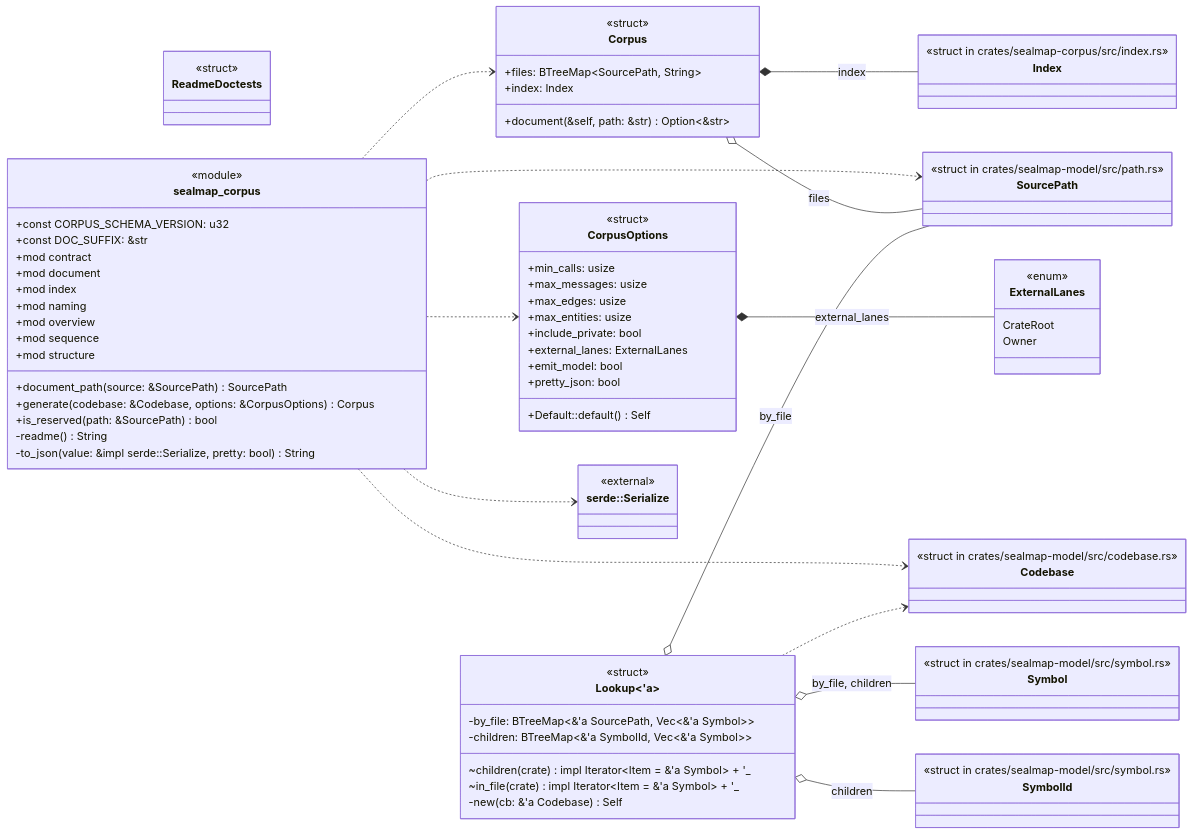
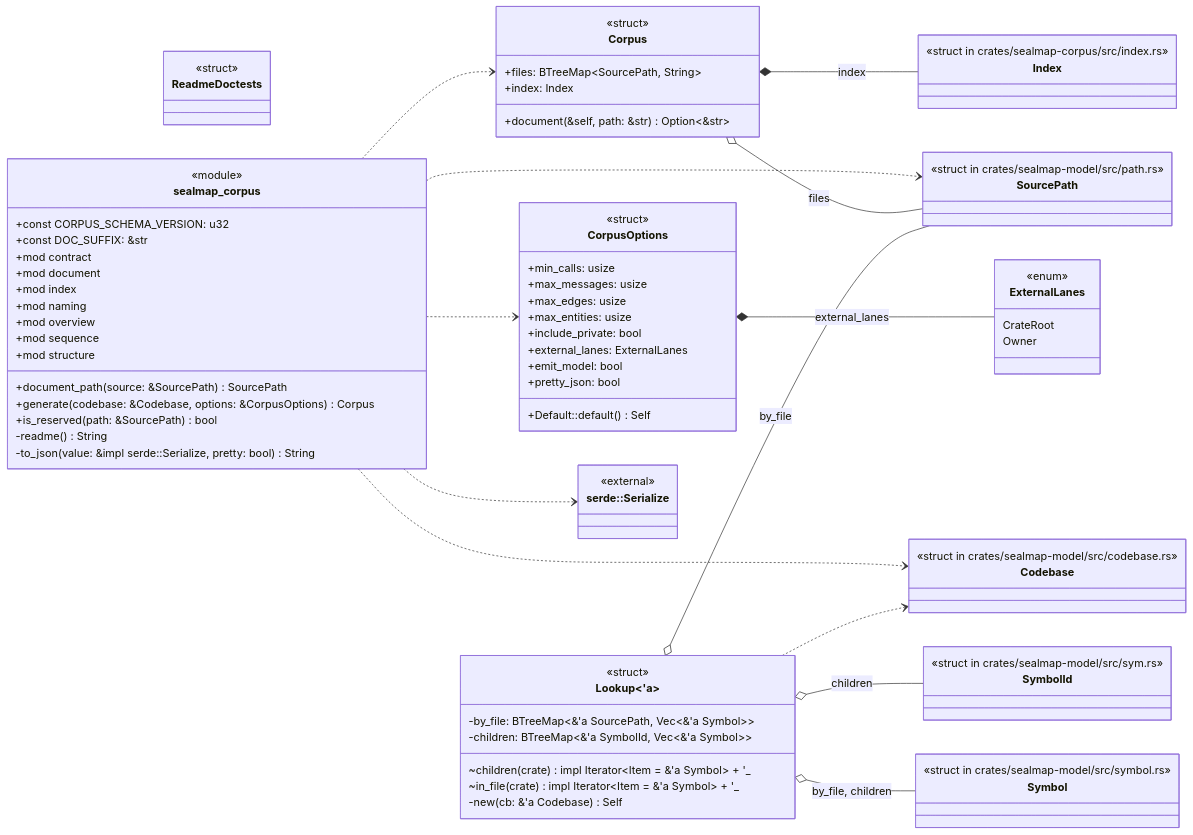
Before and after one commit to DreamLab-AI/codemaid: the first of 6 diagrams in docs/sealmap/crates/sealmap-corpus/src/lib.rs.md, drawn with Mermaid. The commit also changed other lines of this file and 45 other files, not shown here.

First line of the commit message:
docs: regenerate the self-corpus for sym: ids and schema v2

````diff
--- a/docs/sealmap/crates/sealmap-corpus/src/lib.rs.md
+++ b/docs/sealmap/crates/sealmap-corpus/src/lib.rs.md
@@ -14,13 +14,13 @@
 ```mermaid
 classDiagram
   direction LR
-  class sealmap_corpus__Corpus["Corpus"] {
+  class sealmap_corpus___tCorpus["Corpus"] {
     <<struct>>
     +files: BTreeMap#lt;SourcePath, String#gt;
     +index: Index
     +document(&self, path: &str) Option#lt;&str#gt;
   }
-  class sealmap_corpus__CorpusOptions["CorpusOptions"] {
+  class sealmap_corpus___tCorpusOptions["CorpusOptions"] {
     <<struct>>
     +min_calls: usize
     +max_messages: usize
@@ -32,12 +32,12 @@
     +pretty_json: bool
     +Default::default() Self
   }
-  class sealmap_corpus__ExternalLanes["ExternalLanes"] {
+  class sealmap_corpus___tExternalLanes["ExternalLanes"] {
     <<enum>>
     CrateRoot
     Owner
   }
-  class sealmap_corpus__Lookup["Lookup#lt;'a#gt;"] {
+  class sealmap_corpus___tLookup["Lookup#lt;'a#gt;"] {
     <<struct>>
     -by_file: BTreeMap#lt;&'a SourcePath, Vec#lt;&'a Symbol#gt;#gt;
     -children: BTreeMap#lt;&'a SymbolId, Vec#lt;&'a Symbol#gt;#gt;
@@ -45,7 +45,7 @@
     ~in_file(crate) impl Iterator#lt;Item = &'a Symbol#gt; + '_
     -new(cb: &'a Codebase) Self
   }
-  class sealmap_corpus__ReadmeDoctests["ReadmeDoctests"] {
+  class sealmap_corpus___tReadmeDoctests["ReadmeDoctests"] {
     <<struct>>
   }
   class sealmap_corpus {
@@ -65,34 +65,34 @@
     +mod structure
     -to_json(value: &impl serde::Serialize, pretty: bool) String
   }
-  class sealmap_model__codebase__Codebase["Codebase"] {
+  class sealmap_model__codebase___tCodebase["Codebase"] {
     <<struct in crates/sealmap-model/src/codebase.rs>>
   }
-  class sealmap_model__path__SourcePath["SourcePath"] {
+  class sealmap_model__path___tSourcePath["SourcePath"] {
     <<struct in crates/sealmap-model/src/path.rs>>
   }
-  class serde__Serialize["serde::Serialize"] {
+  class _serde__Serialize["serde::Serialize"] {
     <<external>>
   }
-  class sealmap_corpus__index__Index["Index"] {
+  class sealmap_corpus__index___tIndex["Index"] {
     <<struct in crates/sealmap-corpus/src/index.rs>>
   }
-  class sealmap_model__symbol__Symbol["Symbol"] {
+  class sealmap_model__sym___tSymbolId["SymbolId"] {
+    <<struct in crates/sealmap-model/src/sym.rs>>
+  }
+  class sealmap_model__symbol___tSymbol["Symbol"] {
     <<struct in crates/sealmap-model/src/symbol.rs>>
   }
-  class sealmap_model__symbol__SymbolId["SymbolId"] {
-    <<struct in crates/sealmap-model/src/symbol.rs>>
-  }
-  sealmap_corpus ..> sealmap_corpus__Corpus
-  sealmap_corpus ..> sealmap_corpus__CorpusOptions
-  sealmap_corpus ..> sealmap_model__codebase__Codebase
-  sealmap_corpus ..> sealmap_model__path__SourcePath
-  sealmap_corpus ..> serde__Serialize
-  sealmap_corpus__Corpus *-- sealmap_corpus__index__Index : index
-  sealmap_corpus__Corpus o-- sealmap_model__path__SourcePath : files
-  sealmap_corpus__CorpusOptions *-- sealmap_corpus__ExternalLanes : external_lanes
-  sealmap_corpus__Lookup ..> sealmap_model__codebase__Codebase
-  sealmap_corpus__Lookup o-- sealmap_model__path__SourcePath : by_file
-  sealmap_corpus__Lookup o-- sealmap_model__symbol__Symbol : by_file, children
-  sealmap_corpus__Lookup o-- sealmap_model__symbol__SymbolId : children
+  sealmap_corpus ..> sealmap_corpus___tCorpus
+  sealmap_corpus ..> sealmap_corpus___tCorpusOptions
+  sealmap_corpus ..> sealmap_model__codebase___tCodebase
+  sealmap_corpus ..> sealmap_model__path___tSourcePath
+  sealmap_corpus ..> _serde__Serialize
+  sealmap_corpus___tCorpus *-- sealmap_corpus__index___tIndex : index
+  sealmap_corpus___tCorpus o-- sealmap_model__path___tSourcePath : files
+  sealmap_corpus___tCorpusOptions *-- sealmap_corpus___tExternalLanes : external_lanes
+  sealmap_corpus___tLookup ..> sealmap_model__codebase___tCodebase
+  sealmap_corpus___tLookup o-- sealmap_model__path___tSourcePath : by_file
+  sealmap_corpus___tLookup o-- sealmap_model__sym___tSymbolId : children
+  sealmap_corpus___tLookup o-- sealmap_model__symbol___tSymbol : by_file, children
 ```
````
